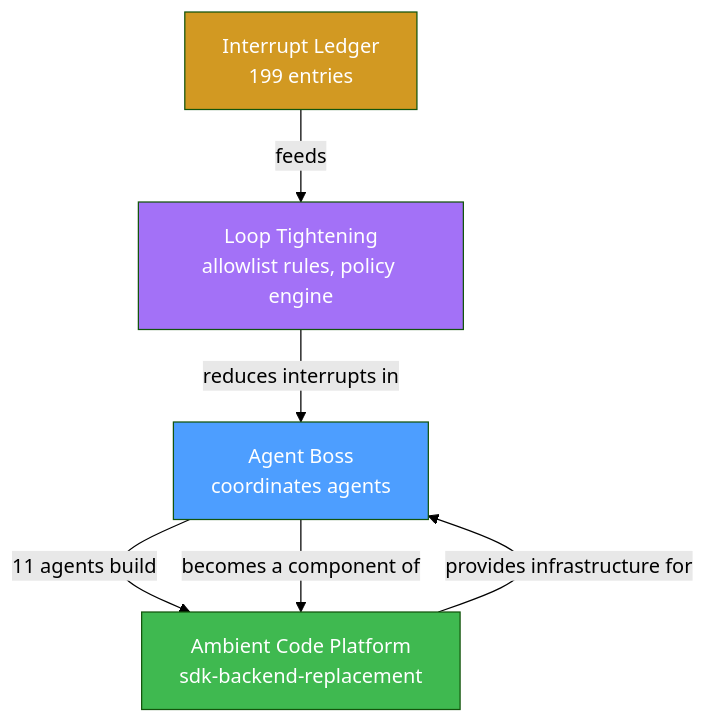
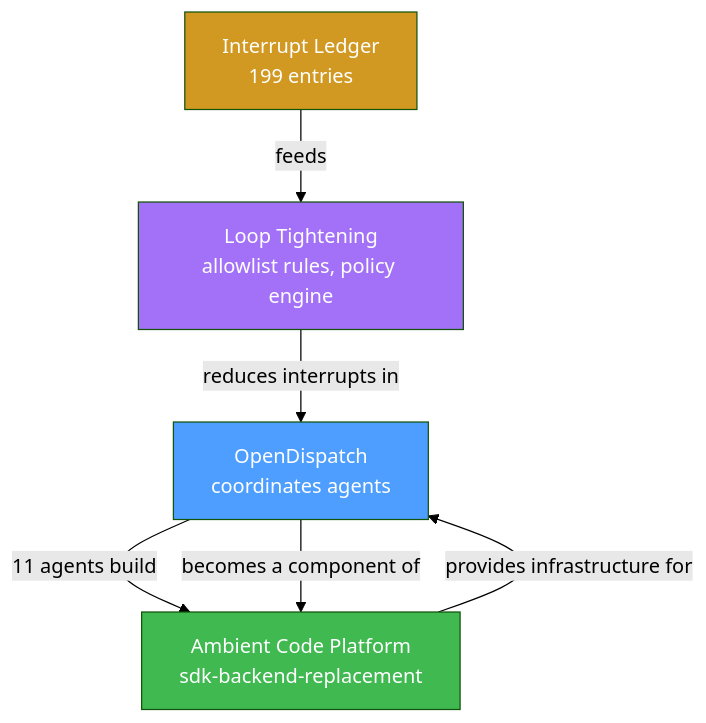
The sixth of 7 diagrams in docs/proposal-agent-boss-ambient.md (openshift-online/open-dispatch), drawn with Mermaid (forest theme) before and after one commit. The commit also changed other lines of this file and 44 other files, not shown here.

First line of the commit message:
feat(rebrand): Agent Boss → OpenDispatch/oDispatch/odis (TASK-128) (#250)

````diff
--- a/docs/proposal-agent-boss-ambient.md
+++ b/docs/proposal-agent-boss-ambient.md
@@ -353,13 +353,13 @@
 ```mermaid
 graph TD
-    AB[Agent Boss<br/>coordinates agents] -->|"11 agents build"| ACP[Ambient Code Platform<br/>sdk-backend-replacement]
+    AB[OpenDispatch<br/>coordinates agents] -->|"11 agents build"| ACP[Ambient Code Platform<br/>sdk-backend-replacement]
     ACP -->|"provides infrastructure for"| AB
     IL[Interrupt Ledger<br/>199 entries] -->|"feeds"| LT[Loop Tightening<br/>allowlist rules, policy engine]
     LT -->|"reduces interrupts in"| AB
     AB -->|"becomes a component of"| ACP
 
     style AB fill:#4d9eff,color:#fff
     style ACP fill:#3fb950,color:#fff
     style IL fill:#d29922,color:#fff
     style LT fill:#a371f7,color:#fff
 ```
````
